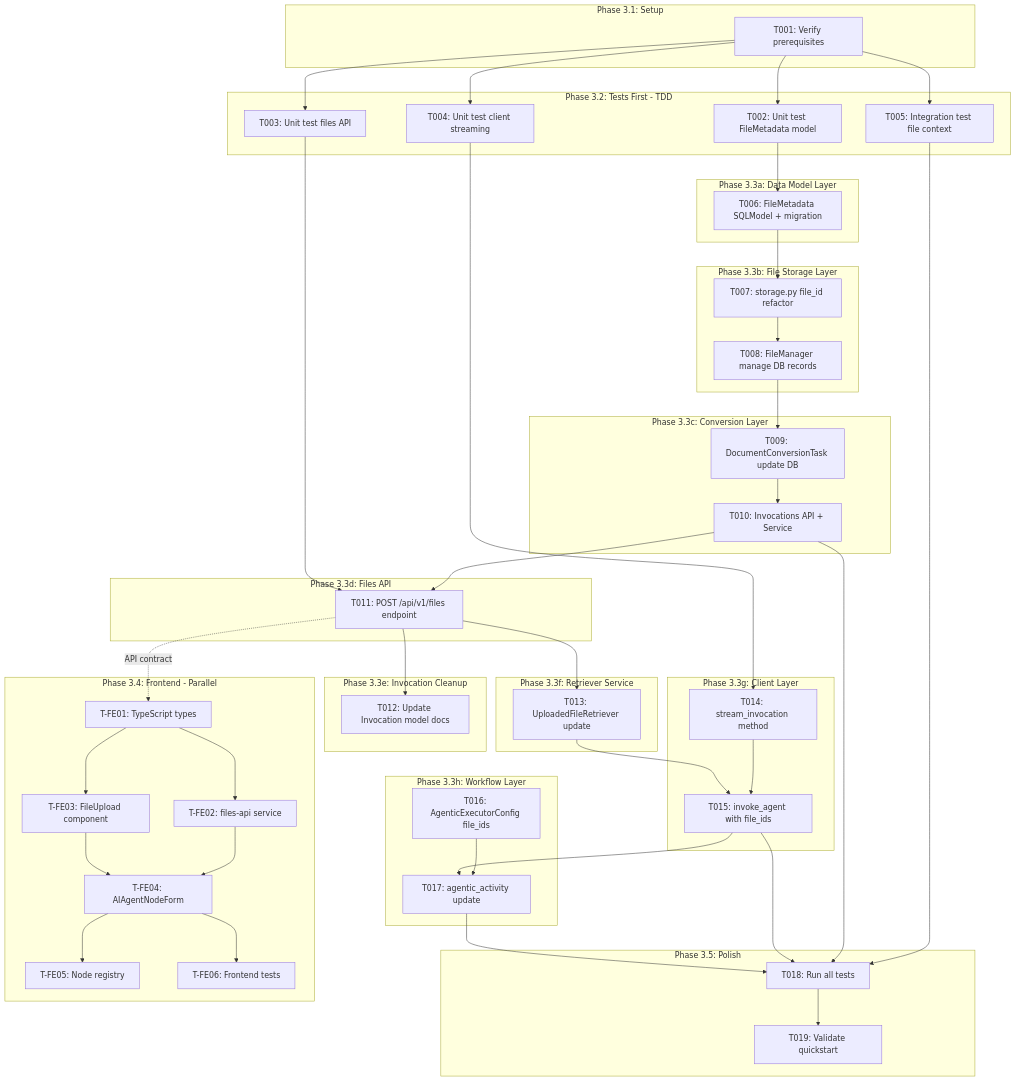
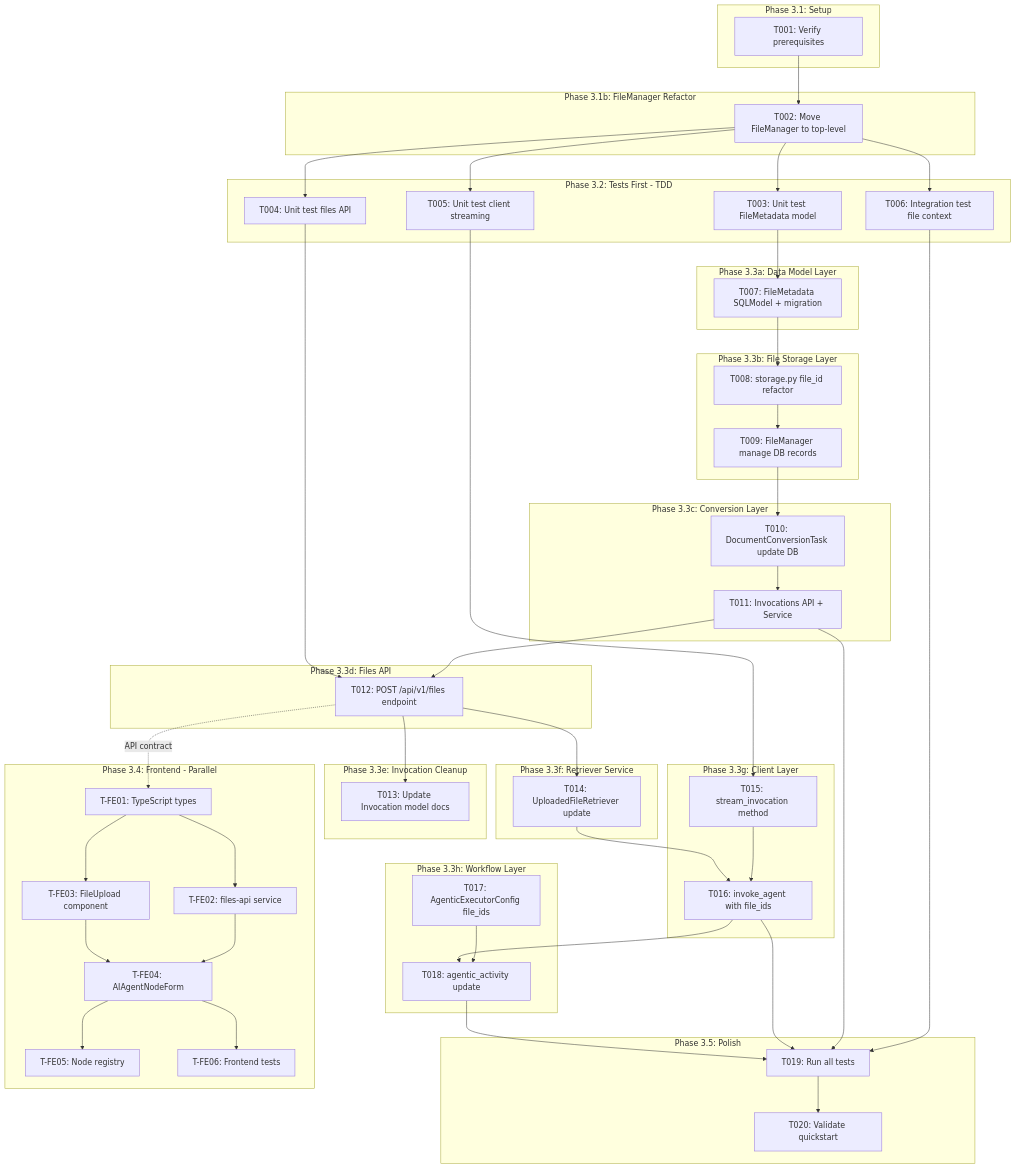
The first of 2 diagrams in specs/023-agent-node/tasks.md (alinabuzachis/syntara), drawn with Mermaid before and after one commit. The commit also changed other lines of this file and 104 other files, not shown here.

Commit message:
feat(AAP-61081): Refactor filemanager to top-level (#263)

```diff
--- a/specs/023-agent-node/tasks.md
+++ b/specs/023-agent-node/tasks.md
@@ -13,52 +13,56 @@
         T001[T001: Verify prerequisites]
     end
 
+    subgraph Refactor[Phase 3.1b: FileManager Refactor]
+        T002[T002: Move FileManager to top-level]
+    end
+
     subgraph Tests[Phase 3.2: Tests First - TDD]
-        T002[T002: Unit test FileMetadata model]
-        T003[T003: Unit test files API]
-        T004[T004: Unit test client streaming]
-        T005[T005: Integration test file context]
+        T003[T003: Unit test FileMetadata model]
+        T004[T004: Unit test files API]
+        T005[T005: Unit test client streaming]
+        T006[T006: Integration test file context]
     end
 
     subgraph DataModel[Phase 3.3a: Data Model Layer]
-        T006[T006: FileMetadata SQLModel + migration]
+        T007[T007: FileMetadata SQLModel + migration]
     end
 
     subgraph FileStorage[Phase 3.3b: File Storage Layer]
-        T007[T007: storage.py file_id refactor]
-        T008[T008: FileManager manage DB records]
+        T008[T008: storage.py file_id refactor]
+        T009[T009: FileManager manage DB records]
     end
 
     subgraph Conversion[Phase 3.3c: Conversion Layer]
-        T009[T009: DocumentConversionTask update DB]
-        T010[T010: Invocations API + Service]
+        T010[T010: DocumentConversionTask update DB]
+        T011[T011: Invocations API + Service]
     end
 
     subgraph FilesAPI[Phase 3.3d: Files API]
-        T011[T011: POST /api/v1/files endpoint]
+        T012[T012: POST /api/v1/files endpoint]
     end
 
     subgraph Invocation[Phase 3.3e: Invocation Cleanup]
-        T012[T012: Update Invocation model docs]
+        T013[T013: Update Invocation model docs]
     end
 
     subgraph RetrieverSvc[Phase 3.3f: Retriever Service]
-        T013[T013: UploadedFileRetriever update]
+        T014[T014: UploadedFileRetriever update]
     end
 
     subgraph Client[Phase 3.3g: Client Layer]
-        T014[T014: stream_invocation method]
-        T015[T015: invoke_agent with file_ids]
+        T015[T015: stream_invocation method]
+        T016[T016: invoke_agent with file_ids]
     end
 
     subgraph Workflow[Phase 3.3h: Workflow Layer]
-        T016[T016: AgenticExecutorConfig file_ids]
-        T017[T017: agentic_activity update]
+        T017[T017: AgenticExecutorConfig file_ids]
+        T018[T018: agentic_activity update]
     end
 
     subgraph Polish[Phase 3.5: Polish]
-        T018[T018: Run all tests]
-        T019[T019: Validate quickstart]
+        T019[T019: Run all tests]
+        T020[T020: Validate quickstart]
     end
 
     subgraph Frontend[Phase 3.4: Frontend - Parallel]
@@ -71,38 +75,40 @@
     end
 
     T001 --> T002
-    T001 --> T003
-    T001 --> T004
-    T001 --> T005
 
+    T002 --> T003
+    T002 --> T004
+    T002 --> T005
     T002 --> T006
-    T006 --> T007
+
+    T003 --> T007
     T007 --> T008
+    T008 --> T009
 
-    T008 --> T009
     T009 --> T010
     T010 --> T011
+    T011 --> T012
 
-    T003 --> T011
-    T011 --> T012
-    T011 --> T013
+    T004 --> T012
+    T012 --> T013
+    T012 --> T014
 
-    T004 --> T014
-    T014 --> T015
+    T005 --> T015
+    T015 --> T016
 
-    T013 --> T015
+    T014 --> T016
 
-    T016 --> T017
-    T015 --> T017
+    T017 --> T018
+    T016 --> T018
 
-    T005 --> T018
-    T010 --> T018
-    T015 --> T018
-    T017 --> T018
-
+    T006 --> T019
+    T011 --> T019
+    T016 --> T019
     T018 --> T019
 
-    T011 -.->|API contract| TFE01
+    T019 --> T020
+
+    T012 -.->|API contract| TFE01
     TFE01 --> TFE02
     TFE01 --> TFE03
     TFE02 --> TFE04
```
